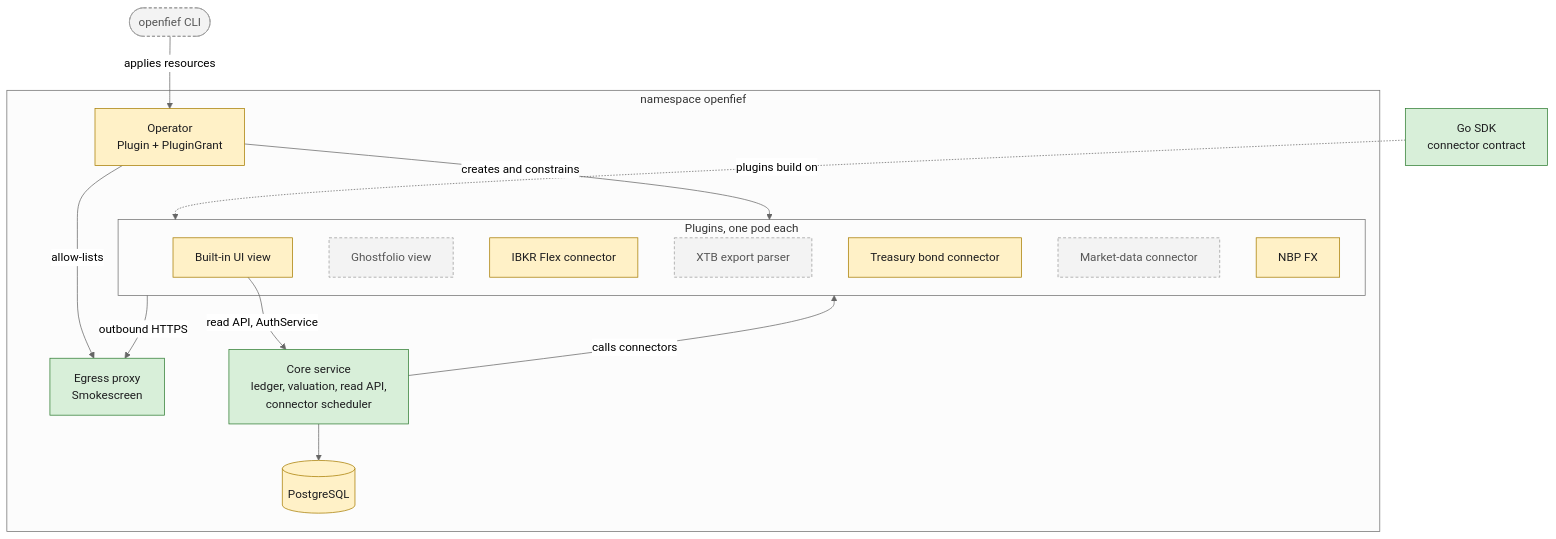
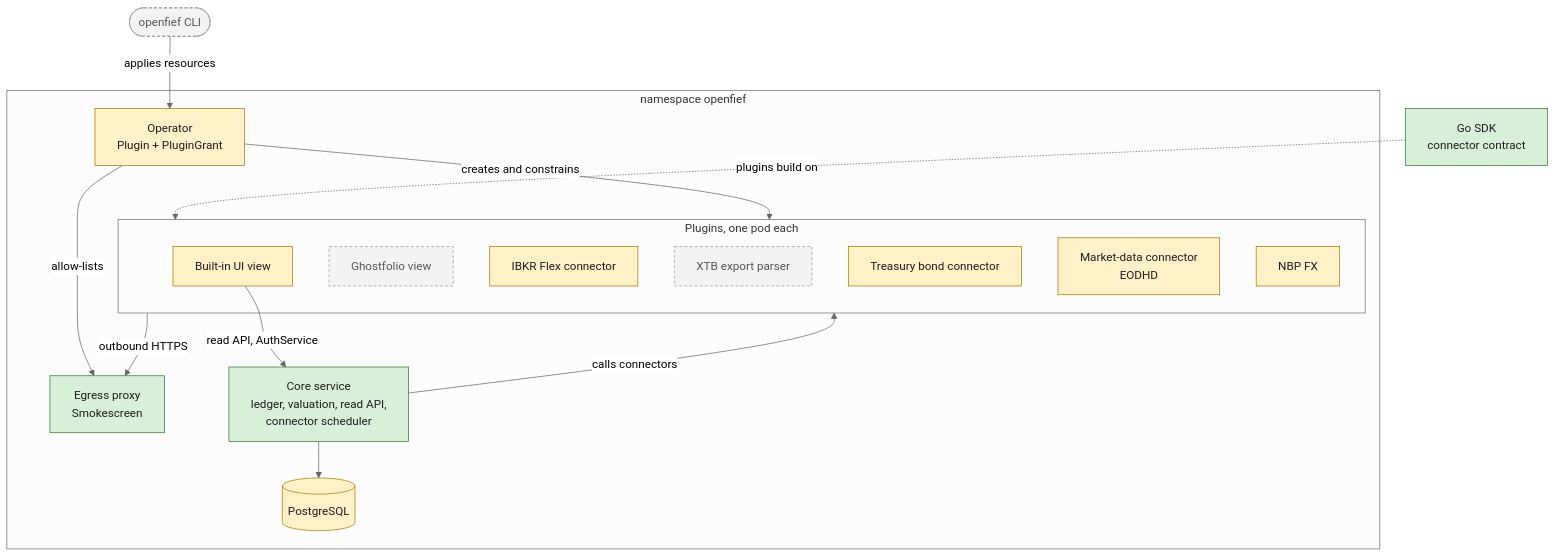
One commit to arkadiuss/openfief changed the second of 5 diagrams in docs/architecture.md. Above: the diagram before and after it, drawn with Mermaid (neutral theme). The commit also changed other lines of this file and 150 other files, not shown here.

````diff
--- a/docs/architecture.md
+++ b/docs/architecture.md
@@ -40,31 +40,31 @@
 ```mermaid
 flowchart TB
   classDef built fill:#d8efd9,stroke:#2f7d32,color:#1d1d1f
   classDef partial fill:#fff1c7,stroke:#a77d00,color:#1d1d1f
   classDef missing fill:#f3f3f3,stroke:#9a9a9a,color:#555,stroke-dasharray: 4 3
   cli(["openfief CLI"]):::missing
   subgraph ns["namespace openfief"]
     op["Operator<br/>Plugin + PluginGrant"]:::partial
     proxy["Egress proxy<br/>Smokescreen"]:::built
     core["Core service<br/>ledger, valuation, read API,<br/>connector scheduler"]:::built
     pg[("PostgreSQL")]:::partial
     subgraph plugins["Plugins, one pod each"]
       ui["Built-in UI view"]:::partial
       gfv["Ghostfolio view"]:::missing
       ibkrc["IBKR Flex connector"]:::partial
       xtb["XTB export parser"]:::missing
       bonds["Treasury bond connector"]:::partial
-      mdc["Market-data connector"]:::missing
+      mdc["Market-data connector<br/>EODHD"]:::partial
       nbpc["NBP FX"]:::partial
     end
   end
   sdk["Go SDK<br/>connector contract"]:::built
   sdk -. "plugins build on" .-> plugins
   cli -- "applies resources" --> op
   op -- "creates and constrains" --> plugins
   op -- "allow-lists" --> proxy
   core --> pg
   core -- "calls connectors" --> plugins
   ui -- "read API, AuthService" --> core
   plugins -- "outbound HTTPS" --> proxy
 ```
````
